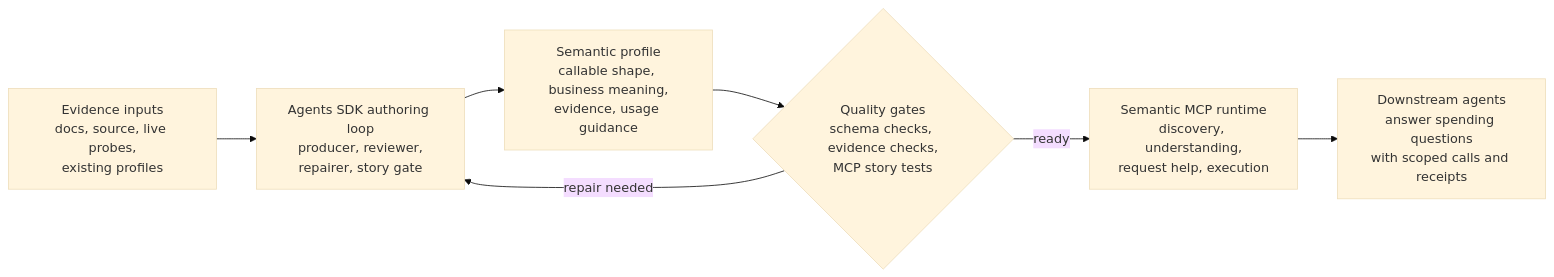
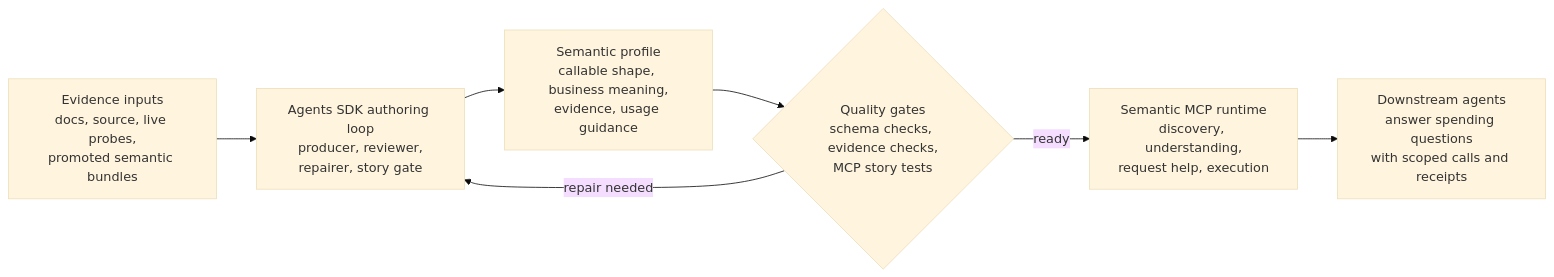
The diagram in README.md (saulrichardson/gov-gpt), drawn with Mermaid (base theme) before and after one commit. The commit also changed other lines of this file and 7 other files, not shown here.

````diff
--- a/README.md
+++ b/README.md
@@ -28,16 +28,16 @@
 ```mermaid
 flowchart LR
-    A["Evidence inputs<br/>docs, source, live probes,<br/>existing profiles"]
+    A["Evidence inputs<br/>docs, source, live probes,<br/>promoted semantic bundles"]
     B["Agents SDK authoring loop<br/>producer, reviewer,<br/>repairer, story gate"]
     C["Semantic profile<br/>callable shape, business meaning,<br/>evidence, usage guidance"]
     D{"Quality gates<br/>schema checks, evidence checks,<br/>MCP story tests"}
     E["Semantic MCP runtime<br/>discovery, understanding,<br/>request help, execution"]
     F["Downstream agents<br/>answer spending questions<br/>with scoped calls and receipts"]
 
     A --> B
     B --> C
     C --> D
     D -->|repair needed| B
     D -->|ready| E
     E --> F
 ```
````
